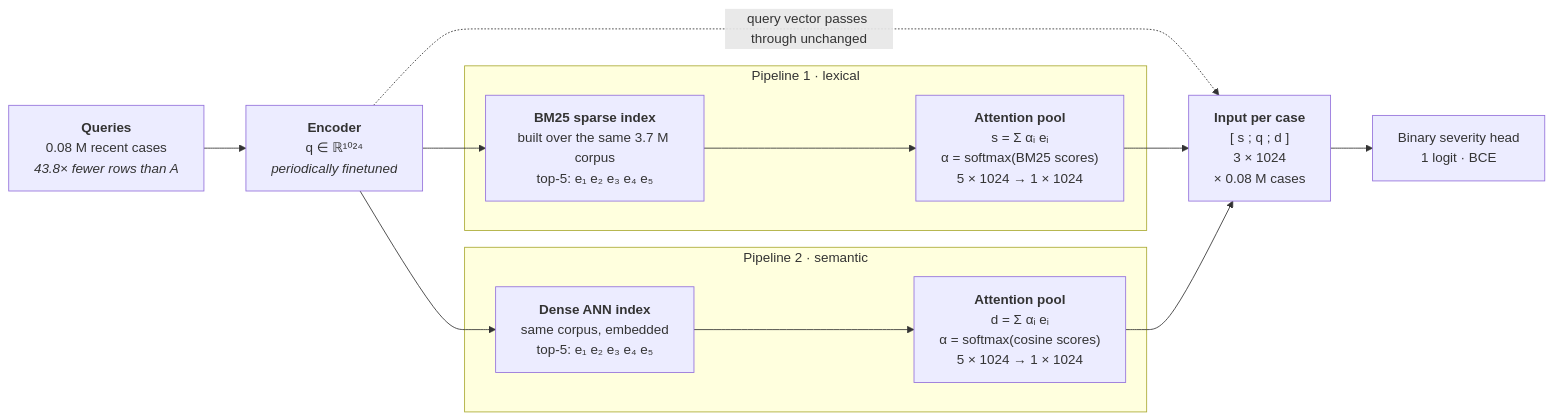
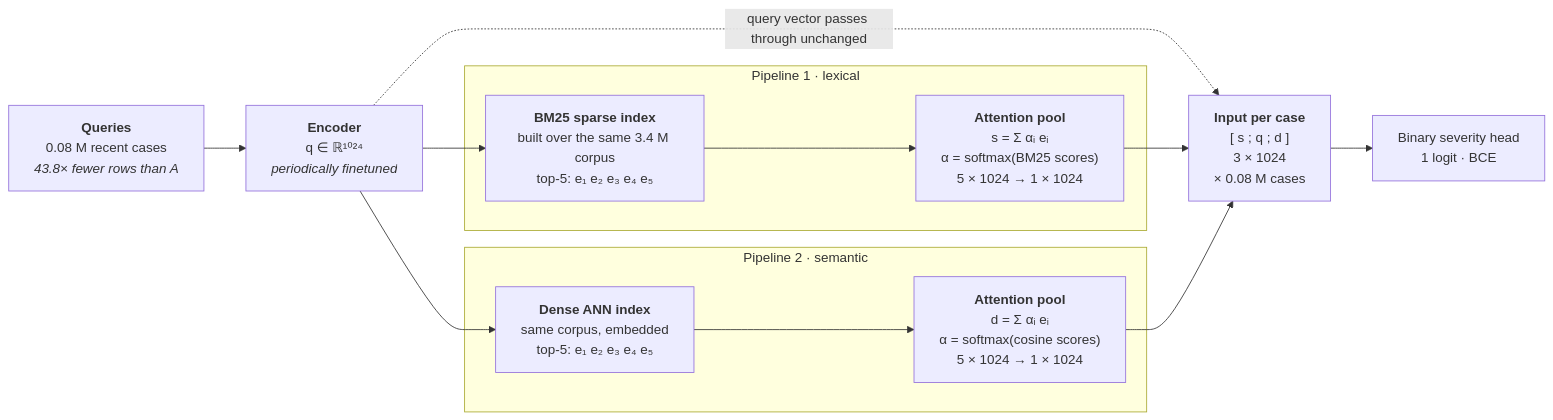
Before and after one commit to nexusmed-ai/EMNLP2026: the second of 2 diagrams in README.md, drawn with Mermaid. The commit also changed other lines of this file, not shown here.

````diff
--- a/README.md
+++ b/README.md
@@ -45,28 +45,28 @@
 ```mermaid
 flowchart LR
     Q["<b>Queries</b><br/>0.08 M recent cases<br/><i>43.8× fewer rows than A</i>"]
     E["<b>Encoder</b><br/>q ∈ ℝ¹⁰²⁴<br/><i>periodically finetuned</i>"]
 
     subgraph P1["Pipeline 1 · lexical"]
-        S["<b>BM25 sparse index</b><br/>built over the same 3.7 M corpus<br/>top-5: e₁ e₂ e₃ e₄ e₅"]
+        S["<b>BM25 sparse index</b><br/>built over the same 3.4 M corpus<br/>top-5: e₁ e₂ e₃ e₄ e₅"]
         SP["<b>Attention pool</b><br/>s = Σ αᵢ eᵢ<br/>α = softmax(BM25 scores)<br/>5 × 1024 → 1 × 1024"]
         S --> SP
     end
 
     subgraph P2["Pipeline 2 · semantic"]
         D["<b>Dense ANN index</b><br/>same corpus, embedded<br/>top-5: e₁ e₂ e₃ e₄ e₅"]
         DP["<b>Attention pool</b><br/>d = Σ αᵢ eᵢ<br/>α = softmax(cosine scores)<br/>5 × 1024 → 1 × 1024"]
         D --> DP
     end
 
     T["<b>Input per case</b><br/>[ s ; q ; d ]<br/>3 × 1024<br/>× 0.08 M cases"]
     H["Binary severity head<br/>1 logit · BCE"]
 
     Q --> E
     E --> S
     E --> D
     E -.->|"query vector passes through unchanged"| T
     SP --> T
     DP --> T
     T --> H
 ```
````
